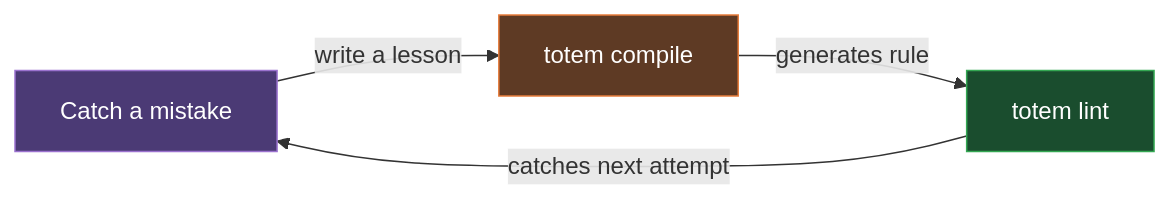
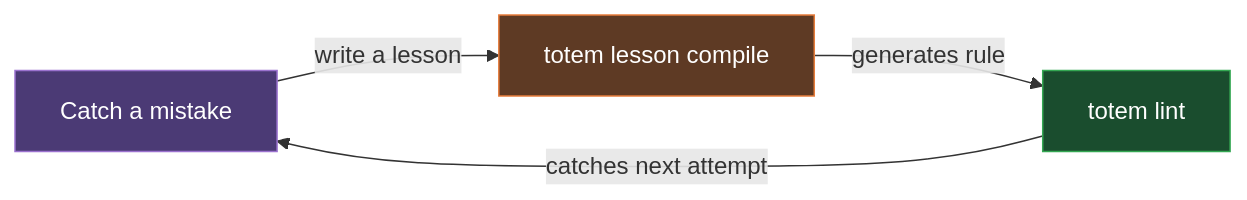
Before and after one commit to mmnto-ai/totem: the diagram in README.md, drawn with Mermaid. The commit also changed other lines of this file and 1 other file, not shown here.

````diff
--- a/README.md
+++ b/README.md
@@ -64,10 +63,10 @@
 ```mermaid
 graph LR
-    Catch["Catch a mistake"] -->|write a lesson| Compile["totem compile"]
+    Catch["Catch a mistake"] -->|write a lesson| Compile["totem lesson compile"]
     Compile -->|generates rule| Enforce["totem lint"]
     Enforce -->|catches next attempt| Catch
 
     style Catch fill:#4b3a75,stroke:#9b72cf,color:#fff
     style Compile fill:#5e3a24,stroke:#e67c3b,color:#fff
     style Enforce fill:#1a4d2e,stroke:#34a853,color:#fff
 ```
````
